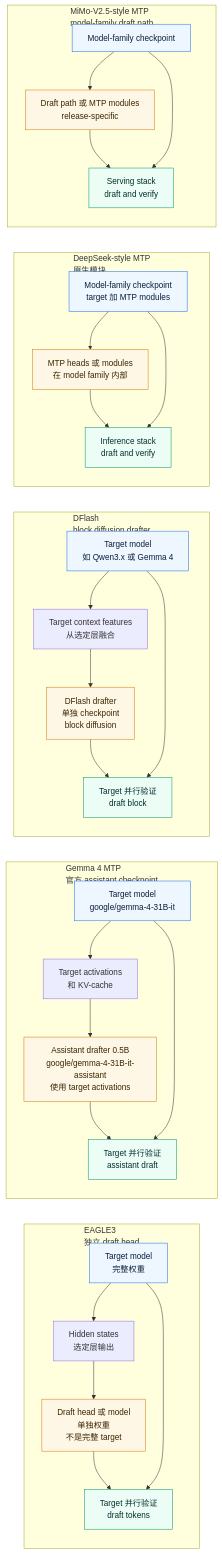
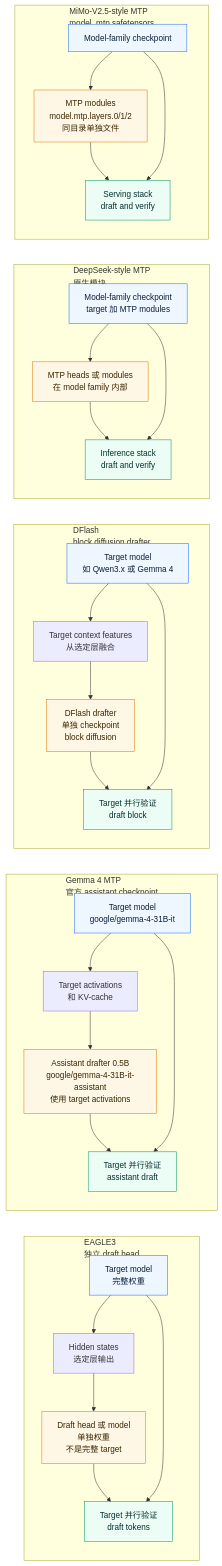
The second of 3 diagrams in Deep-Learning/Speculative-Decoding-EAGLE3/README-CN.md (david-xinyuwei/david-share), drawn with Mermaid before and after one commit. The commit also changed other lines of this file and 1 other file, not shown here.

Commit message:
docs: clarify MiMo MTP weights packaging

````diff
--- a/Deep-Learning/Speculative-Decoding-EAGLE3/README-CN.md
+++ b/Deep-Learning/Speculative-Decoding-EAGLE3/README-CN.md
@@ -214,60 +214,60 @@
 ```mermaid
 flowchart LR
     subgraph E3["EAGLE3<br/>独立 draft head"]
         E3T["Target model<br/>完整权重"]
         E3H["Hidden states<br/>选定层输出"]
         E3D["Draft head 或 model<br/>单独权重<br/>不是完整 target"]
         E3V["Target 并行验证<br/>draft tokens"]
         E3T --> E3H
         E3H --> E3D
         E3D --> E3V
         E3T --> E3V
     end
 
     subgraph G4["Gemma 4 MTP<br/>官方 assistant checkpoint"]
         G4T["Target model<br/>google/gemma-4-31B-it"]
         G4A["Target activations<br/>和 KV-cache"]
         G4D["Assistant drafter 0.5B<br/>google/gemma-4-31B-it-assistant<br/>使用 target activations"]
         G4V["Target 并行验证<br/>assistant draft"]
         G4T --> G4A
         G4A --> G4D
         G4D --> G4V
         G4T --> G4V
     end
 
     subgraph DF["DFlash<br/>block diffusion drafter"]
         DFT["Target model<br/>如 Qwen3.x 或 Gemma 4"]
         DFF["Target context features<br/>从选定层融合"]
         DFD["DFlash drafter<br/>单独 checkpoint<br/>block diffusion"]
         DFV["Target 并行验证<br/>draft block"]
         DFT --> DFF
         DFF --> DFD
         DFD --> DFV
         DFT --> DFV
     end
 
     subgraph DS["DeepSeek-style MTP<br/>原生模块"]
         DST["Model-family checkpoint<br/>target 加 MTP modules"]
         DSH["MTP heads 或 modules<br/>在 model family 内部"]
         DSV["Inference stack<br/>draft and verify"]
         DST --> DSH
         DSH --> DSV
         DST --> DSV
     end
 
-    subgraph MM["MiMo-V2.5-style MTP<br/>model-family draft path"]
+    subgraph MM["MiMo-V2.5-style MTP<br/>model_mtp.safetensors"]
         MMT["Model-family checkpoint"]
-        MMD["Draft path 或 MTP modules<br/>release-specific"]
+        MMD["MTP modules<br/>model.mtp.layers.0/1/2<br/>同目录单独文件"]
         MMV["Serving stack<br/>draft and verify"]
         MMT --> MMD
         MMD --> MMV
         MMT --> MMV
     end
 
     classDef target fill:#eef6ff,stroke:#1f6feb,color:#0b1f3a
     classDef drafter fill:#fff7e6,stroke:#d97706,color:#3b2500
     classDef verify fill:#ecfdf5,stroke:#059669,color:#042f2e
     class E3T,G4T,DFT,DST,MMT target
     class E3D,G4D,DFD,DSH,MMD drafter
     class E3V,G4V,DFV,DSV,MMV verify
 ```
````
